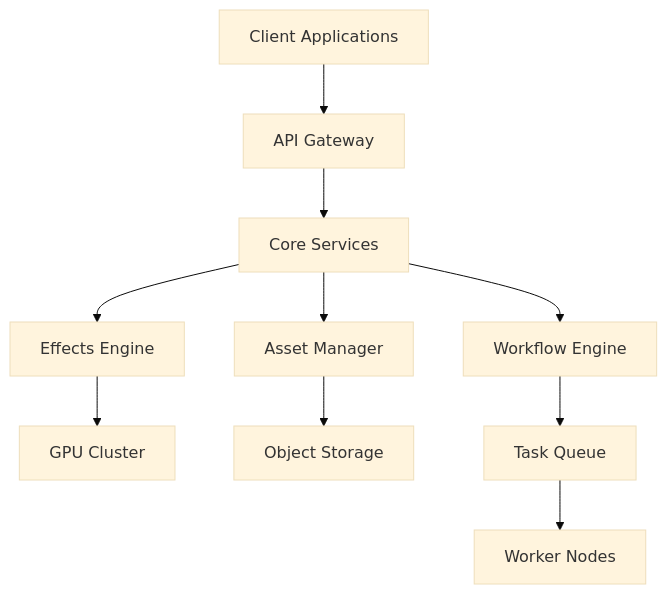
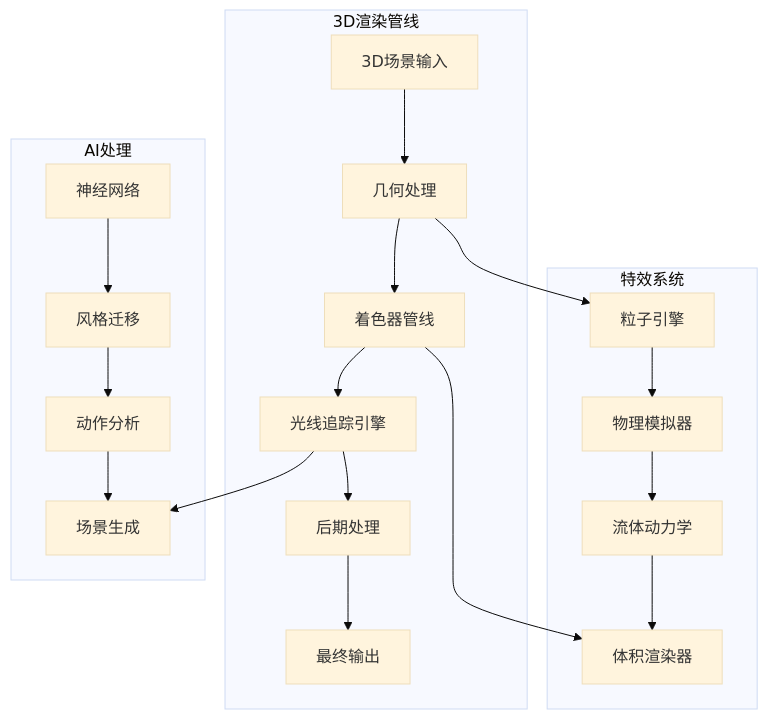
The second of 2 diagrams in README.md (henrry179/New-Future-3D), drawn with Mermaid (base theme) before and after one commit. The commit also changed other lines of this file, not shown here.

````diff
--- a/README.md
+++ b/README.md
@@ -93,12 +364,26 @@
 ```mermaid
 graph TB
-    A[Client Applications] --> B[API Gateway]
-    B --> C[Core Services]
-    C --> D[Effects Engine]
-    C --> E[Asset Manager]
-    C --> F[Workflow Engine]
-    D --> G[GPU Cluster]
-    E --> H[Object Storage]
-    F --> I[Task Queue]
-    I --> J[Worker Nodes]
+    subgraph "3D渲染管线"
+        A[3D场景输入] --> B[几何处理]
+        B --> C[着色器管线]
+        C --> D[光线追踪引擎]
+        D --> E[后期处理]
+        E --> F[最终输出]
+    end
+    
+    subgraph "特效系统"
+        G[粒子引擎] --> H[物理模拟器]
+        H --> I[流体动力学]
+        I --> J[体积渲染器]
+    end
+    
+    subgraph "AI处理"
+        K[神经网络] --> L[风格迁移]
+        L --> M[动作分析]
+        M --> N[场景生成]
+    end
+    
+    B --> G
+    C --> J
+    D --> N
 ```
````
